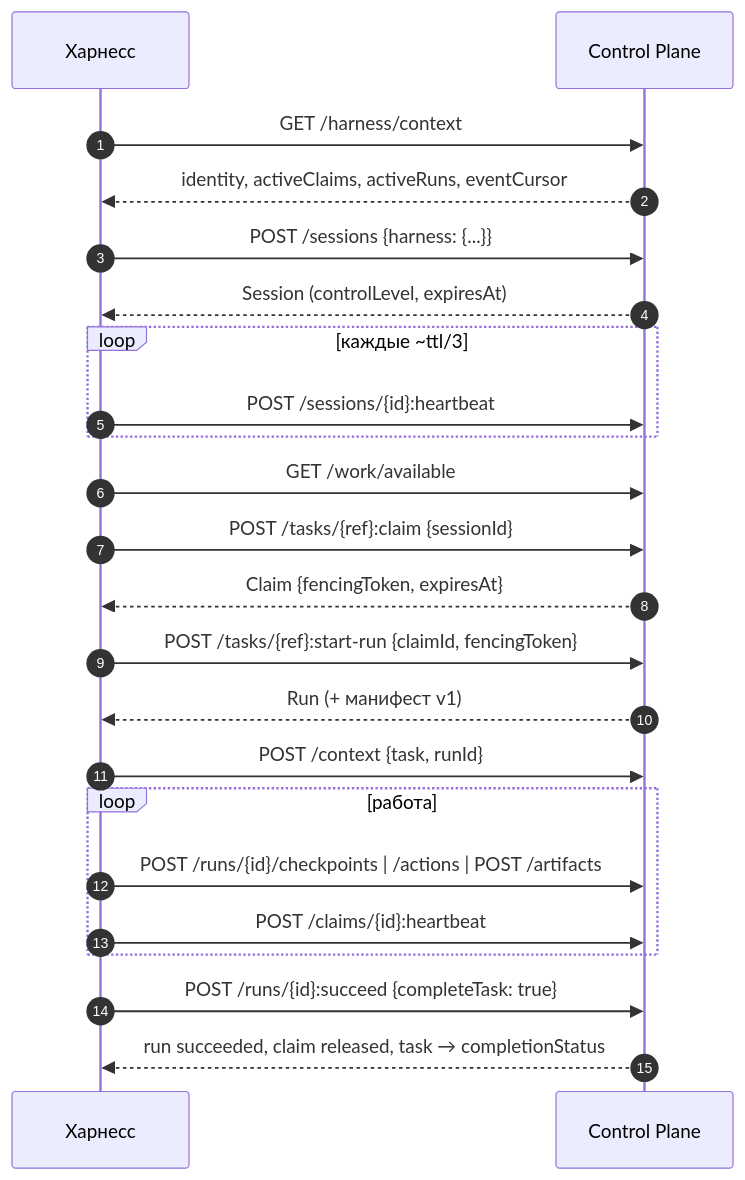
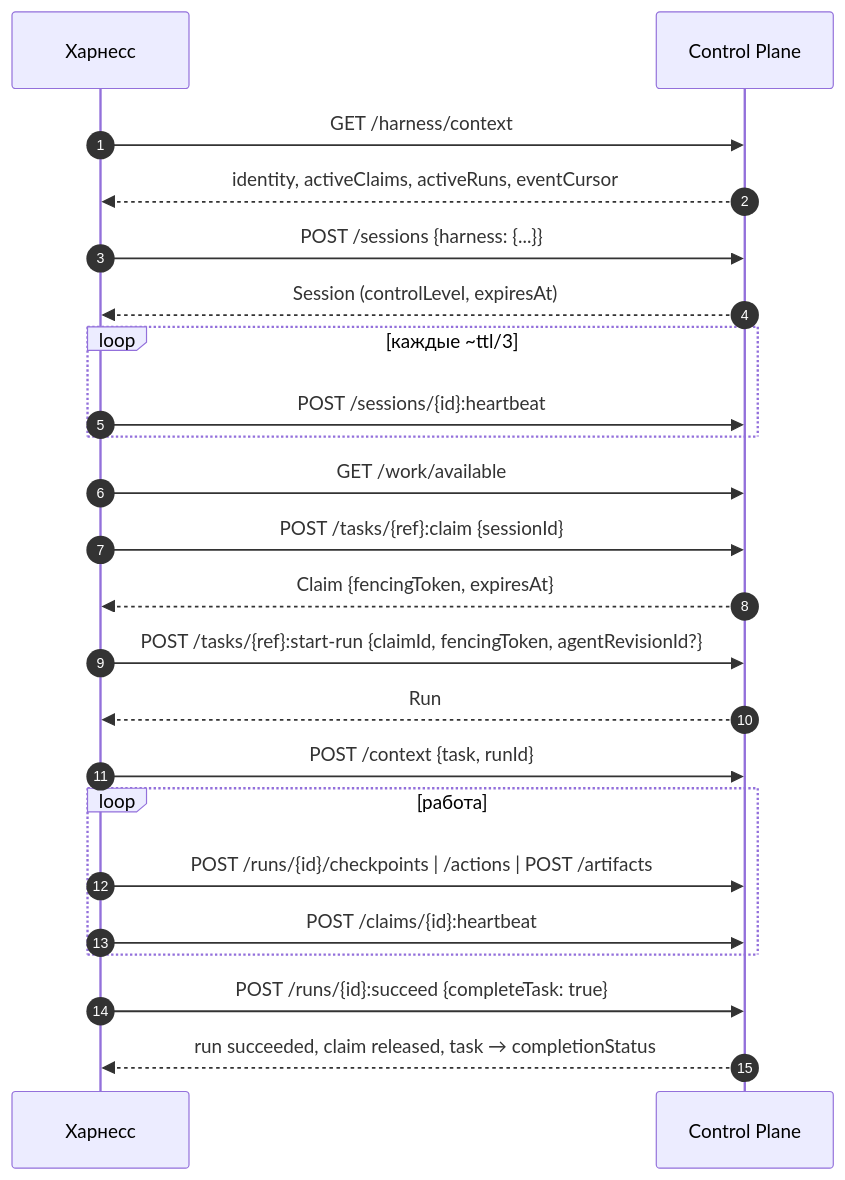
The diagram in guide/docs/control-plane/harness-protocol.ru.md (monthu56/taimen), drawn with Mermaid before and after one commit. The commit also changed other lines of this file and 112 other files, not shown here.

````diff
--- a/guide/docs/control-plane/harness-protocol.ru.md
+++ b/guide/docs/control-plane/harness-protocol.ru.md
@@ -39,25 +39,25 @@
 ```mermaid
 sequenceDiagram
     autonumber
     participant H as Харнесс
     participant CP as Control Plane
     H->>CP: GET /harness/context
     CP-->>H: identity, activeClaims, activeRuns, eventCursor
     H->>CP: POST /sessions {harness: {...}}
     CP-->>H: Session (controlLevel, expiresAt)
     loop каждые ~ttl/3
         H->>CP: POST /sessions/{id}:heartbeat
     end
     H->>CP: GET /work/available
     H->>CP: POST /tasks/{ref}:claim {sessionId}
     CP-->>H: Claim {fencingToken, expiresAt}
-    H->>CP: POST /tasks/{ref}:start-run {claimId, fencingToken}
-    CP-->>H: Run (+ манифест v1)
+    H->>CP: POST /tasks/{ref}:start-run {claimId, fencingToken, agentRevisionId?}
+    CP-->>H: Run
     H->>CP: POST /context {task, runId}
     loop работа
         H->>CP: POST /runs/{id}/checkpoints | /actions | POST /artifacts
         H->>CP: POST /claims/{id}:heartbeat
     end
     H->>CP: POST /runs/{id}:succeed {completeTask: true}
     CP-->>H: run succeeded, claim released, task → completionStatus
 ```
````
